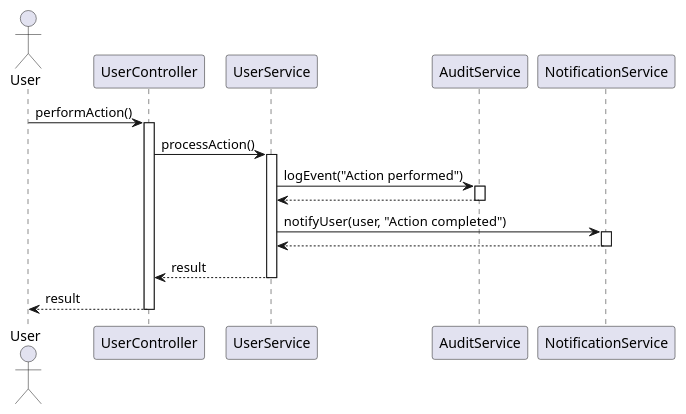
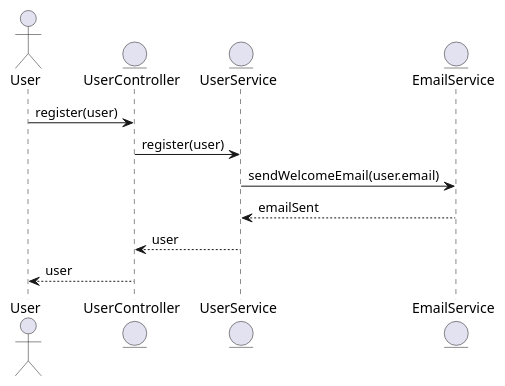
Before and after one commit to Dinesh-s95/AutoDoc.ai: the fourth of 6 diagrams in identityprovider/documentation/detaileddesign.adoc, drawn with PlantUML. The commit also changed other lines of this file and 4 other files, not shown here.

```diff
--- a/identityprovider/documentation/detaileddesign.adoc
+++ b/identityprovider/documentation/detaileddesign.adoc
@@ -379,32 +351,16 @@
 [plantuml, business-process-flow, png]
 ----
 @startuml
 actor User
-participant UserController
-participant UserService
-participant AuditService
-participant NotificationService
+entity UserController
+entity UserService
+entity EmailService
 
-User -> UserController : performAction()
-activate UserController
-
-UserController -> UserService : processAction()
-activate UserService
-
-UserService -> AuditService : logEvent("Action performed")
-activate AuditService
-AuditService --> UserService
-deactivate AuditService
-
-UserService -> NotificationService : notifyUser(user, "Action completed")
-activate NotificationService
-NotificationService --> UserService
-deactivate NotificationService
-
-UserService --> UserController : result
-deactivate UserService
-
-UserController --> User : result
-deactivate UserController
+User -> UserController : register(user)
+UserController -> UserService : register(user)
+UserService -> EmailService : sendWelcomeEmail(user.email)
+EmailService --> UserService : emailSent
+UserService --> UserController : user
+UserController --> User : user
 @enduml
 ----
```
